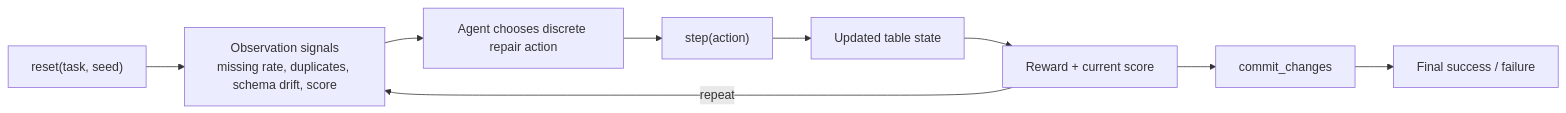
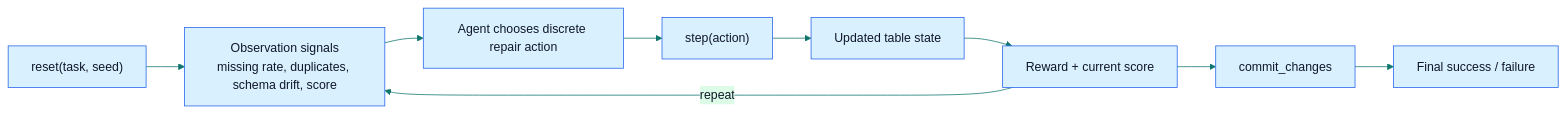
The first of 2 diagrams in README.md (SahilKumar75/mario-the-plumber), drawn with Mermaid before and after one commit. The commit also changed other lines of this file, not shown here.

````diff
--- a/README.md
+++ b/README.md
@@ -21,11 +21,12 @@
 ```mermaid
+%%{init: {'theme': 'base', 'themeVariables': { 'primaryColor': '#d9f0ff', 'primaryTextColor': '#0f172a', 'primaryBorderColor': '#2563eb', 'lineColor': '#0f766e', 'secondaryColor': '#dcfce7', 'tertiaryColor': '#fef3c7'}}}%%
 flowchart LR
     A["reset(task, seed)"] --> B["Observation signals<br/>missing rate, duplicates, schema drift, score"]
     B --> C["Agent chooses discrete repair action"]
     C --> D["step(action)"]
     D --> E["Updated table state"]
     E --> F["Reward + current score"]
     F -->|repeat| B
     F --> G["commit_changes"]
     G --> H["Final success / failure"]
 ```
````
